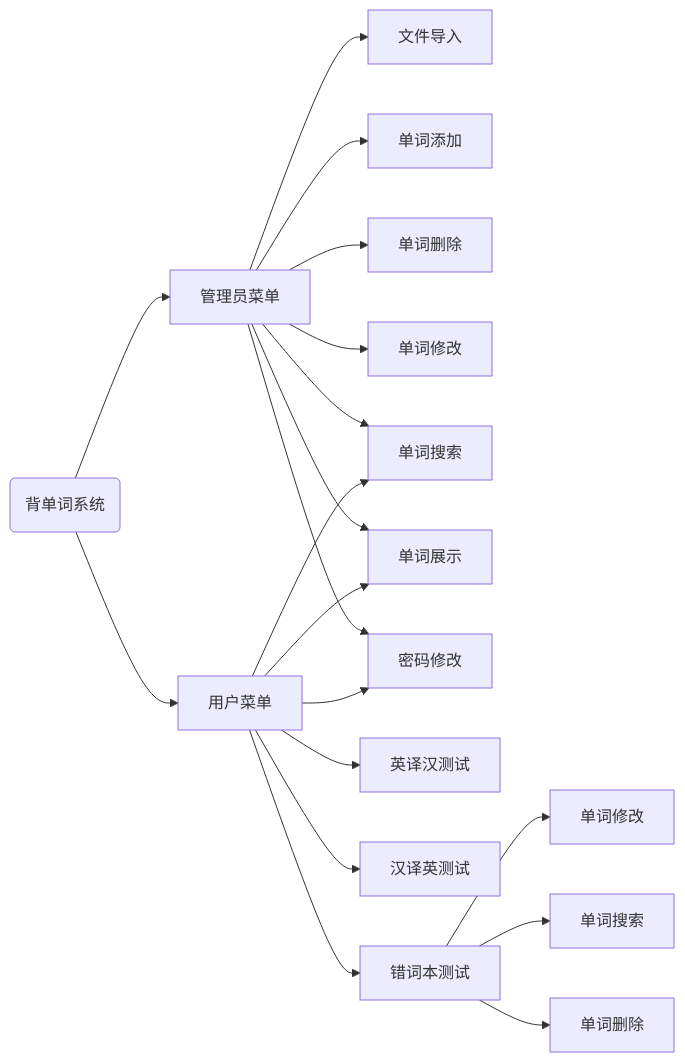
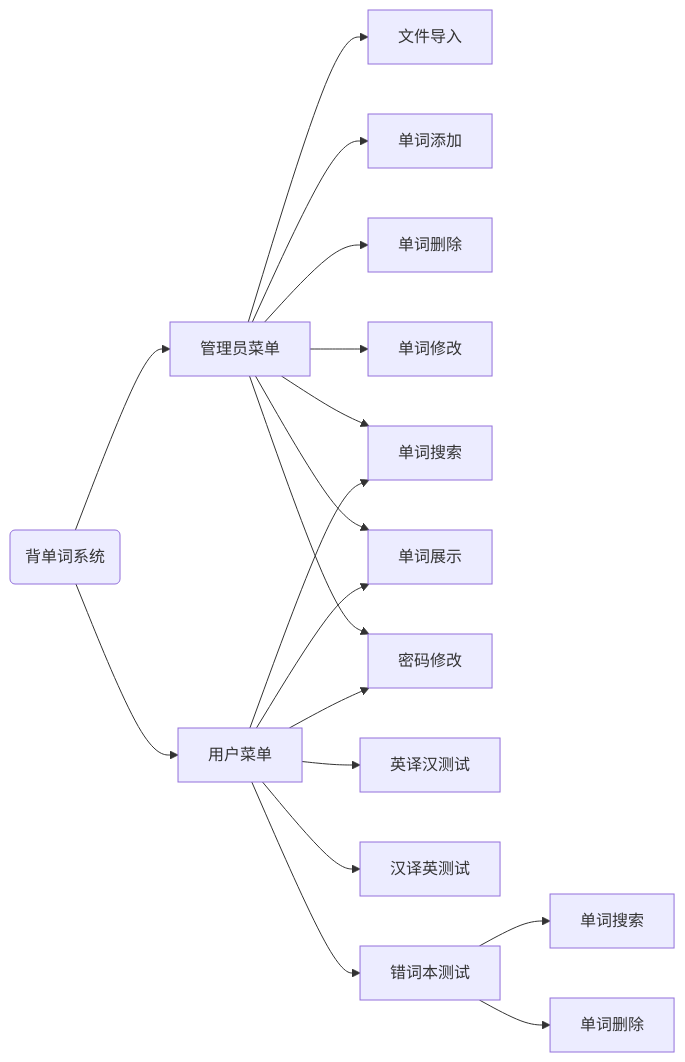
The diagram in README.md (involution-base-of-njupt/everyday-vocabulary), drawn with Mermaid before and after one commit. The commit also changed 1 other file, not shown here.

Commit message:
去

````diff
--- a/README.md
+++ b/README.md
@@ -5,26 +5,25 @@
 ```mermaid
 graph LR
 
 Sys(背单词系统) --> Admin[管理员菜单]
 Sys --> User[用户菜单]
 
 Admin --> 文件导入
 Admin --> 单词添加
 Admin --> 单词删除
 Admin --> 单词修改
 Admin --> 单词搜索
 Admin --> 单词展示
 
 Admin --> 密码修改
 User --> 密码修改
 
 User --> 单词搜索
 User --> 单词展示
 User --> 英译汉测试
 User --> 汉译英测试
 User --> 错词本测试
 
-错词本测试 --> e[单词修改]
 错词本测试 --> s[单词搜索]
 错词本测试 --> d[单词删除]
 ```
````
